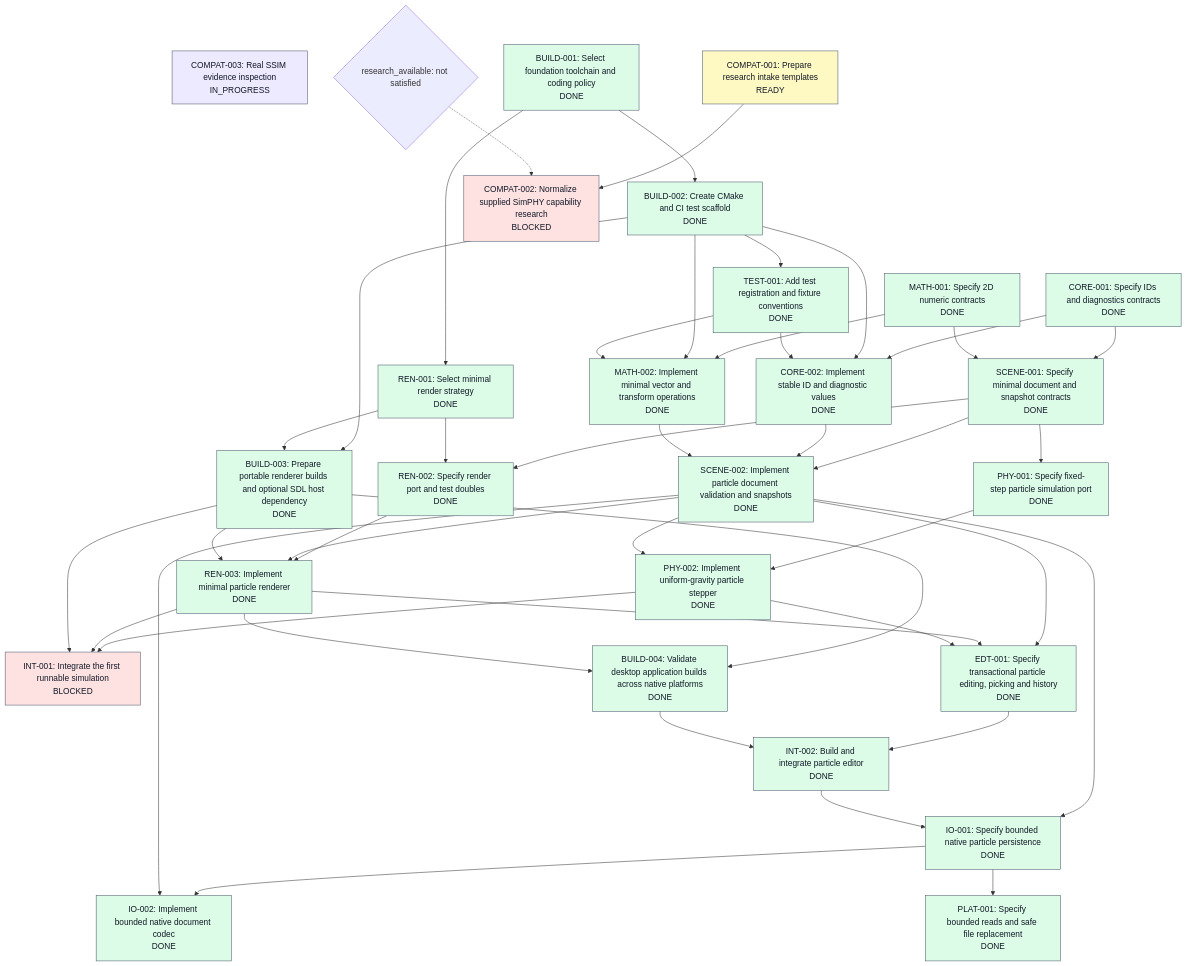
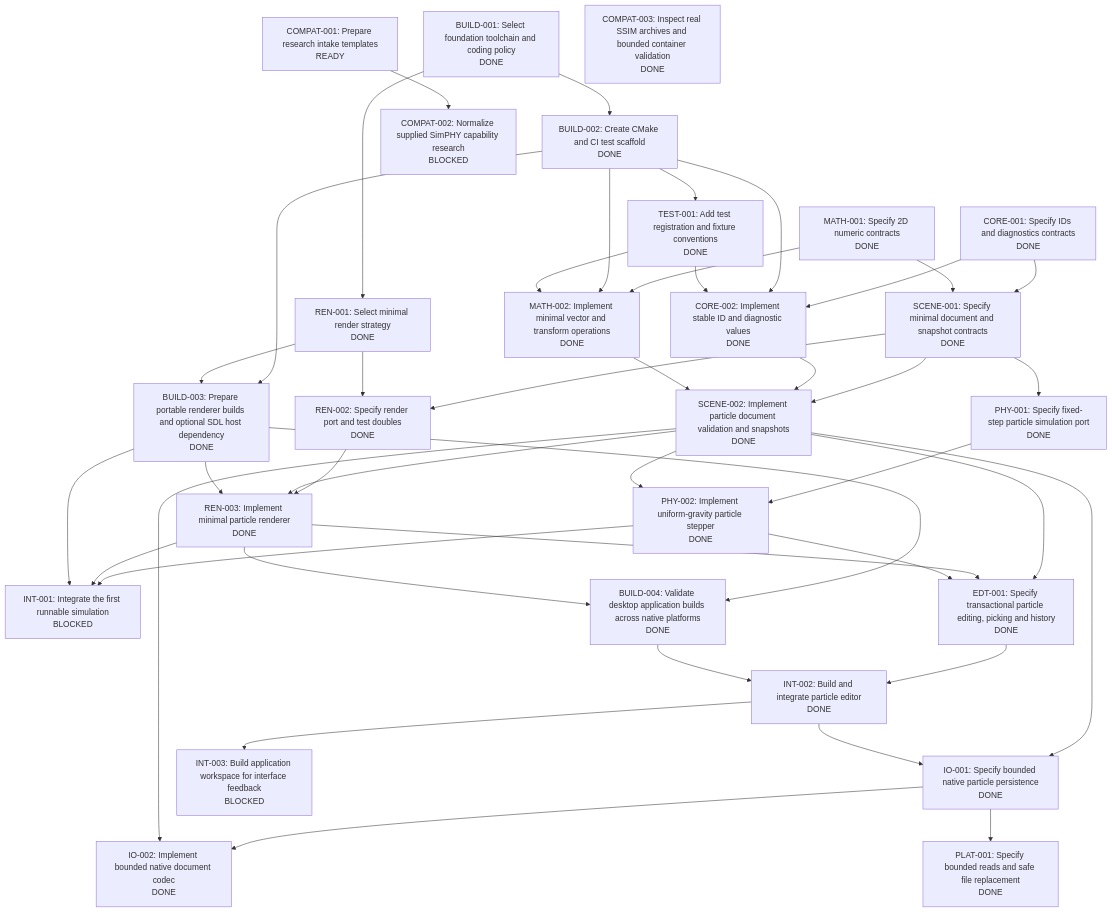
One commit to JnJarvis/open-simphy changed the diagram in tasks/graph.md. Above: the diagram before and after it, drawn with Mermaid. The commit also changed other lines of this file and 4 other files, not shown here.

````diff
--- a/tasks/graph.md
+++ b/tasks/graph.md
@@ -15,80 +10,70 @@
 ```mermaid
 flowchart TD
-  COMPAT_003["COMPAT-003: Real SSIM evidence inspection<br/>IN_PROGRESS"]
-  class COMPAT_003 IN_PROGRESS
   BUILD_001["BUILD-001: Select foundation toolchain and coding policy<br/>DONE"]
   CORE_001["CORE-001: Specify IDs and diagnostics contracts<br/>DONE"]
   MATH_001["MATH-001: Specify 2D numeric contracts<br/>DONE"]
   REN_001["REN-001: Select minimal render strategy<br/>DONE"]
   COMPAT_001["COMPAT-001: Prepare research intake templates<br/>READY"]
   BUILD_002["BUILD-002: Create CMake and CI test scaffold<br/>DONE"]
   TEST_001["TEST-001: Add test registration and fixture conventions<br/>DONE"]
   CORE_002["CORE-002: Implement stable ID and diagnostic values<br/>DONE"]
   MATH_002["MATH-002: Implement minimal vector and transform operations<br/>DONE"]
   SCENE_001["SCENE-001: Specify minimal document and snapshot contracts<br/>DONE"]
   PHY_001["PHY-001: Specify fixed-step particle simulation port<br/>DONE"]
   REN_002["REN-002: Specify render port and test doubles<br/>DONE"]
   SCENE_002["SCENE-002: Implement particle document validation and snapshots<br/>DONE"]
   PHY_002["PHY-002: Implement uniform-gravity particle stepper<br/>DONE"]
   REN_003["REN-003: Implement minimal particle renderer<br/>DONE"]
   INT_001["INT-001: Integrate the first runnable simulation<br/>BLOCKED"]
   COMPAT_002["COMPAT-002: Normalize supplied SimPHY capability research<br/>BLOCKED"]
   BUILD_003["BUILD-003: Prepare portable renderer builds and optional SDL host dependency<br/>DONE"]
   BUILD_004["BUILD-004: Validate desktop application builds across native platforms<br/>DONE"]
   EDT_001["EDT-001: Specify transactional particle editing, picking and history<br/>DONE"]
   INT_002["INT-002: Build and integrate particle editor<br/>DONE"]
   IO_001["IO-001: Specify bounded native particle persistence<br/>DONE"]
   IO_002["IO-002: Implement bounded native document codec<br/>DONE"]
   PLAT_001["PLAT-001: Specify bounded reads and safe file replacement<br/>DONE"]
+  COMPAT_003["COMPAT-003: Inspect real SSIM archives and bounded container validation<br/>DONE"]
+  INT_003["INT-003: Build application workspace for interface feedback<br/>BLOCKED"]
   BUILD_001 --> REN_001
   BUILD_001 --> BUILD_002
   BUILD_002 --> TEST_001
   CORE_001 --> CORE_002
   BUILD_002 --> CORE_002
   TEST_001 --> CORE_002
   MATH_001 --> MATH_002
   BUILD_002 --> MATH_002
   TEST_001 --> MATH_002
   CORE_001 --> SCENE_001
   MATH_001 --> SCENE_001
   SCENE_001 --> PHY_001
   SCENE_001 --> REN_002
   REN_001 --> REN_002
   SCENE_001 --> SCENE_002
   CORE_002 --> SCENE_002
   MATH_002 --> SCENE_002
   PHY_001 --> PHY_002
   SCENE_002 --> PHY_002
   REN_002 --> REN_003
   SCENE_002 --> REN_003
   BUILD_003 --> REN_003
   PHY_002 --> INT_001
   REN_003 --> INT_001
   BUILD_003 --> INT_001
   COMPAT_001 --> COMPAT_002
   BUILD_002 --> BUILD_003
   REN_001 --> BUILD_003
   BUILD_003 --> BUILD_004
   REN_003 --> BUILD_004
   SCENE_002 --> EDT_001
   REN_003 --> EDT_001
   PHY_002 --> EDT_001
   EDT_001 --> INT_002
   BUILD_004 --> INT_002
   SCENE_002 --> IO_001
   INT_002 --> IO_001
   IO_001 --> IO_002
   SCENE_002 --> IO_002
   IO_001 --> PLAT_001
-  gate_research_available{"research_available: not satisfied"}
-  gate_research_available -.-> COMPAT_002
-  classDef DONE fill:#dcfce7,stroke:#475569,color:#111827
-  class BUILD_001,CORE_001,MATH_001,REN_001,BUILD_002,TEST_001,CORE_002,MATH_002,SCENE_001,PHY_001,REN_002,SCENE_002,PHY_002,REN_003,BUILD_003,BUILD_004,EDT_001,INT_002,IO_001 DONE
-  classDef REVIEW fill:#dbeafe,stroke:#475569,color:#111827
-  class IO_002,PLAT_001 DONE
-  classDef READY fill:#fef9c3,stroke:#475569,color:#111827
-  class COMPAT_001 READY
-  classDef BLOCKED fill:#fee2e2,stroke:#475569,color:#111827
-  class INT_001,COMPAT_002 BLOCKED
-  classDef IN_PROGRESS fill:#ede9fe,stroke:#475569,color:#111827
+  INT_002 --> INT_003
 ```
````
